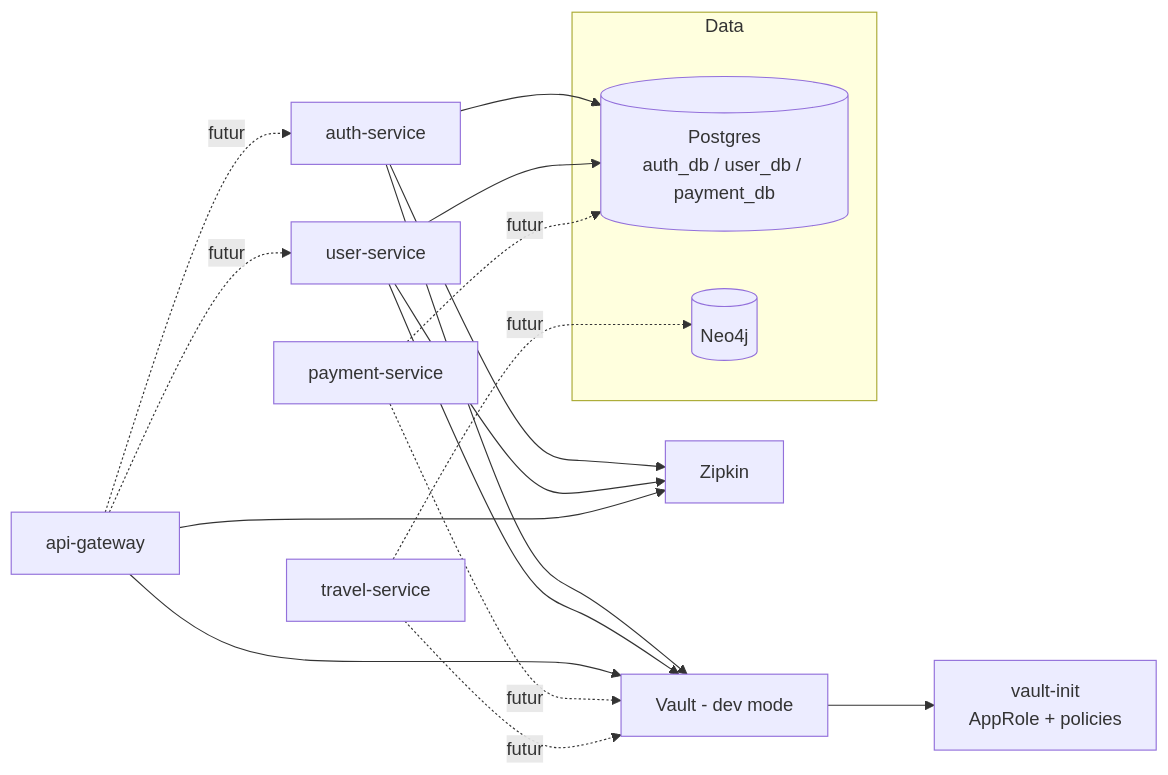
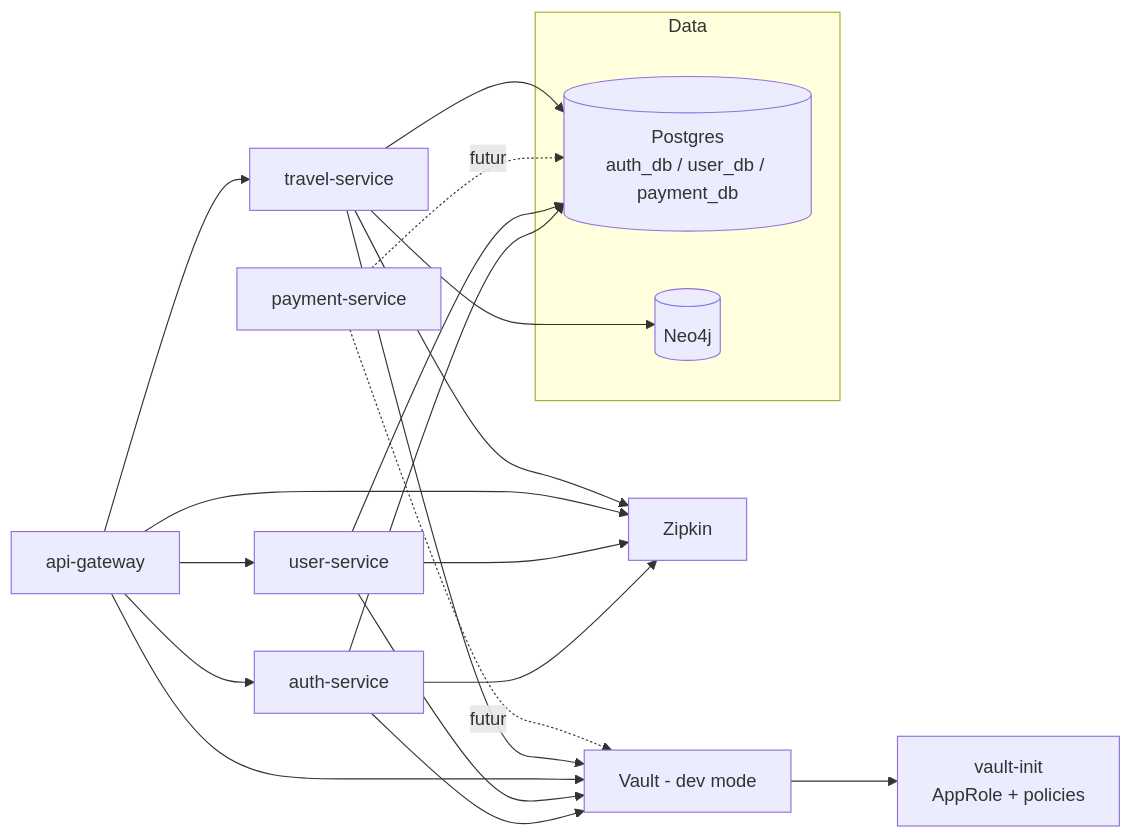
The diagram in docs/02-app-infra.md (Dahreau/travel-plan), drawn with Mermaid before and after one commit. The commit also changed other lines of this file and 54 other files, not shown here.

Commit message:
feat(travel-service): add travel service domain, requests, and responses; update environment and docker configurations

````diff
--- a/docs/02-app-infra.md
+++ b/docs/02-app-infra.md
@@ -73,24 +73,27 @@
 ```mermaid
 flowchart LR
     subgraph Data
         PG[(Postgres<br/>auth_db / user_db / payment_db)]
         NEO[(Neo4j)]
     end
     Vault[Vault - dev mode] --> VaultInit[vault-init<br/>AppRole + policies]
     Zipkin[Zipkin]
 
-    Gateway[api-gateway] -.futur.-> AuthS
-    Gateway -.futur.-> UserS
+    Gateway[api-gateway] --> AuthS
+    Gateway --> UserS
+    Gateway --> TravelS
     AuthS[auth-service] --> PG
     UserS[user-service] --> PG
     PayS[payment-service] -.futur.-> PG
-    TravelS[travel-service] -.futur.-> NEO
+    TravelS[travel-service] --> PG
+    TravelS --> NEO
     AuthS --> Vault
     UserS --> Vault
     Gateway --> Vault
+    TravelS --> Vault
     PayS -.futur.-> Vault
-    TravelS -.futur.-> Vault
     AuthS --> Zipkin
     UserS --> Zipkin
     Gateway --> Zipkin
+    TravelS --> Zipkin
 ```
````
